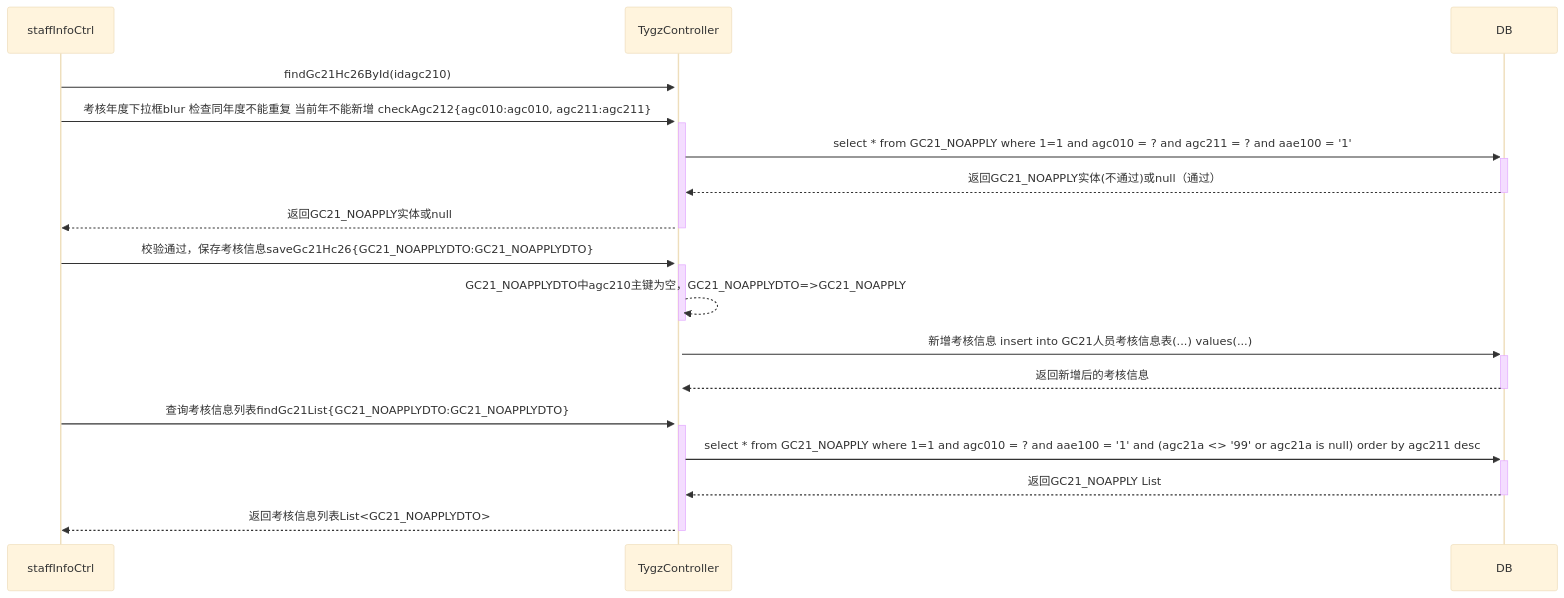
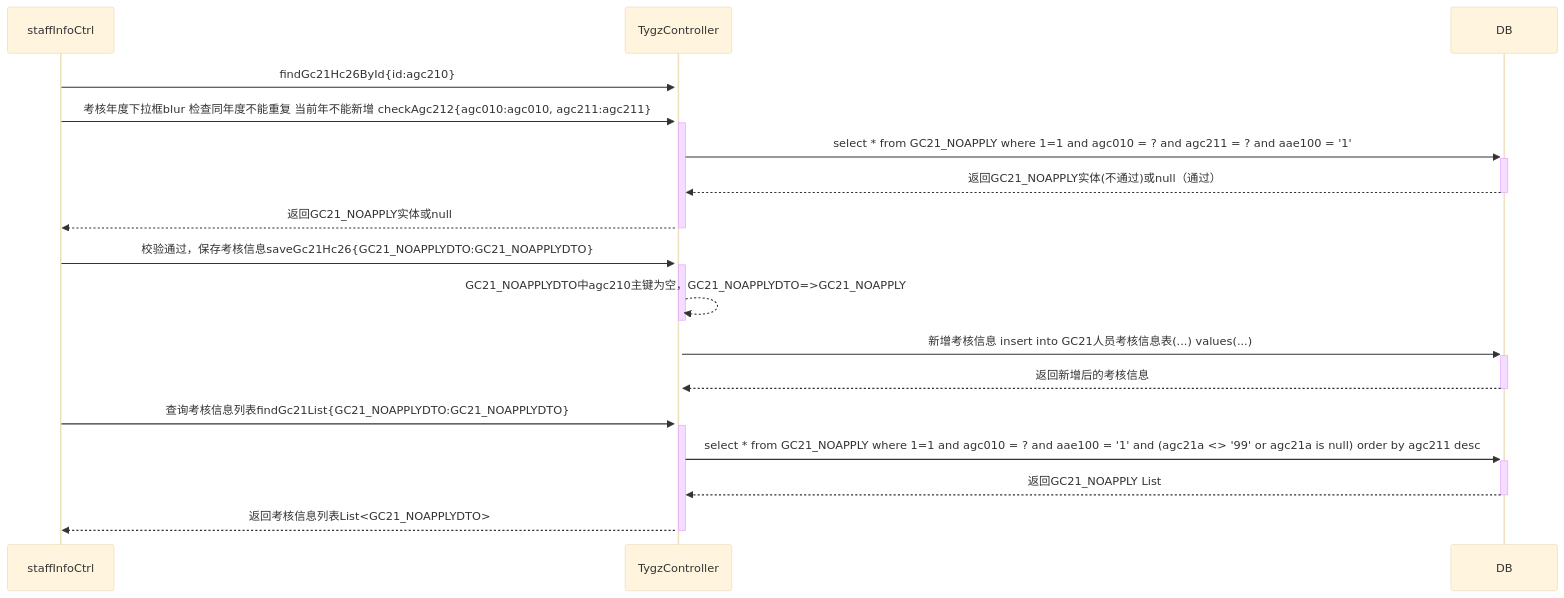
The diagram in all/人员考核信息修改按钮的调用业务流程.md (ZhangJianBeiJing/iodraw-files), drawn with Mermaid (base theme) before and after one commit.

Commit message:
2025-03-26 09:57:52 update

````diff
--- a/all/人员考核信息修改按钮的调用业务流程.md
+++ b/all/人员考核信息修改按钮的调用业务流程.md
@@ -1,18 +1,19 @@
 ```mermaid
 sequenceDiagram
 
-    staffInfoCtrl->>+TygzController:findGc21Hc26ById(idagc210)
+    staffInfoCtrl->>+TygzController:findGc21Hc26ById{id:agc210}
+    
     staffInfoCtrl->>+TygzController:考核年度下拉框blur 检查同年度不能重复 当前年不能新增 checkAgc212{agc010:agc010, agc211:agc211}
     TygzController->>+DB:select * from GC21_NOAPPLY where 1=1 and agc010 = ? and agc211 = ? and aae100 = '1'
     DB-->>-TygzController:返回GC21_NOAPPLY实体(不通过)或null（通过）
     TygzController-->>-staffInfoCtrl:返回GC21_NOAPPLY实体或null
 
     staffInfoCtrl->>+TygzController:校验通过，保存考核信息saveGc21Hc26{GC21_NOAPPLYDTO:GC21_NOAPPLYDTO}
     TygzController-->>-TygzController:GC21_NOAPPLYDTO中agc210主键为空，GC21_NOAPPLYDTO=>GC21_NOAPPLY
     TygzController->>+DB:新增考核信息 insert into GC21人员考核信息表(...) values(...)
     DB-->>-TygzController:返回新增后的考核信息
     staffInfoCtrl->>+TygzController:查询考核信息列表findGc21List{GC21_NOAPPLYDTO:GC21_NOAPPLYDTO}
     TygzController->>+DB:select * from GC21_NOAPPLY where 1=1 and agc010 = ? and aae100 = '1' and (agc21a <> '99' or agc21a is null) order by agc211 desc
     DB-->>-TygzController:返回GC21_NOAPPLY List
     TygzController-->>-staffInfoCtrl:返回考核信息列表List<GC21_NOAPPLYDTO>
 ```
````
